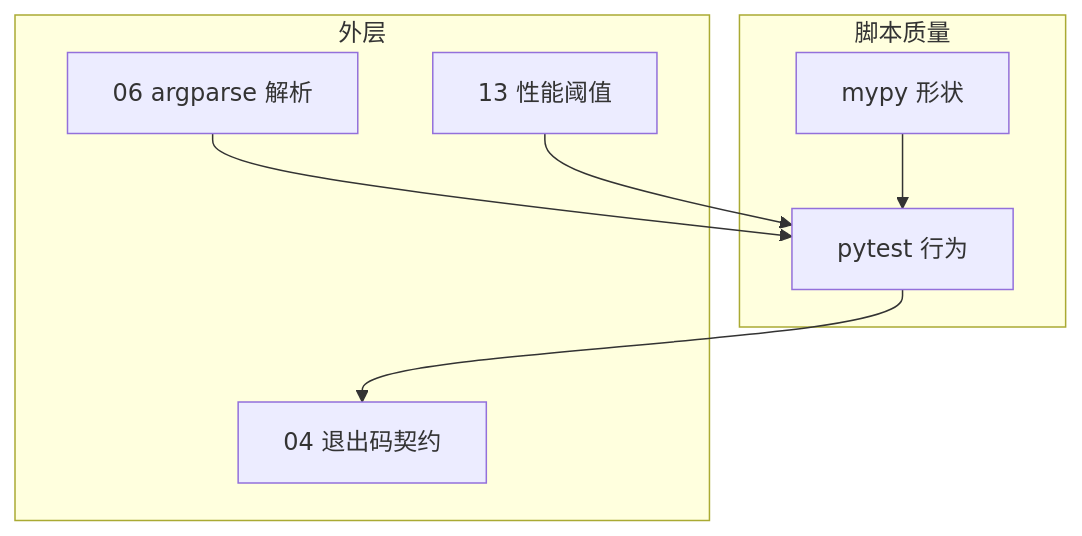
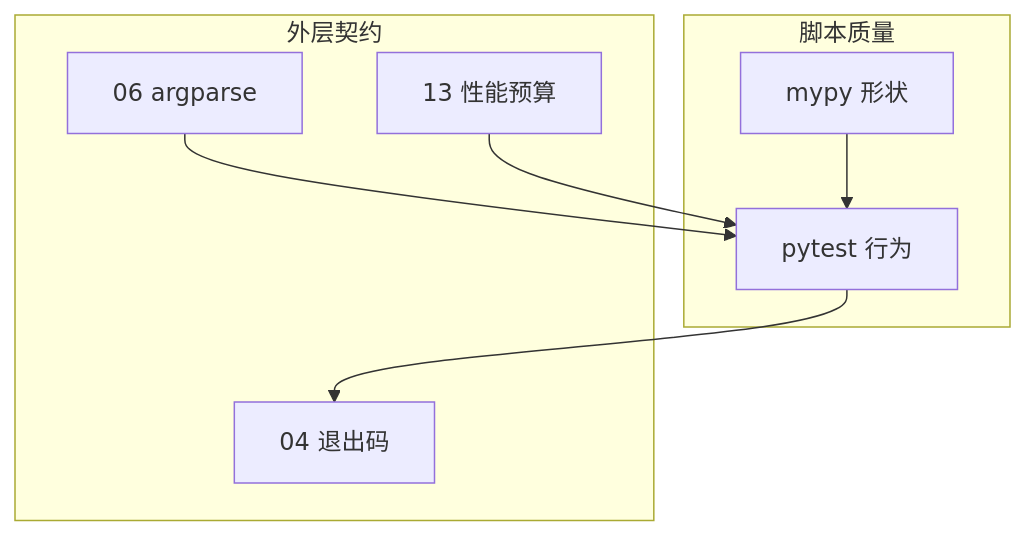
The second of 3 diagrams in 05-开发能力/02-Python/14-测试与类型标注/知识点.md (ml-cuizijun/LearnToLilith), drawn with Mermaid before and after one commit. The commit also changed other lines of this file and 178 other files, not shown here.

````diff
--- a/05-开发能力/02-Python/14-测试与类型标注/知识点.md
+++ b/05-开发能力/02-Python/14-测试与类型标注/知识点.md
@@ -410,16 +471,16 @@
 ```mermaid
 flowchart TB
-    subgraph 脚本质量
+    subgraph quality ["脚本质量"]
         T[pytest 行为]
         Y[mypy 形状]
     end
-    subgraph 外层
-        E[04 退出码契约]
-        A[06 argparse 解析]
-        P[13 性能阈值]
+    subgraph outer ["外层契约"]
+        E[04 退出码]
+        A[06 argparse]
+        P[13 性能预算]
     end
     A --> T
     T --> E
     Y --> T
     P --> T
 ```
````
